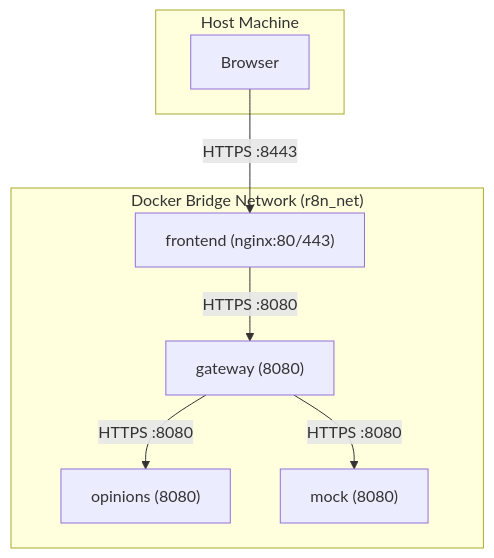
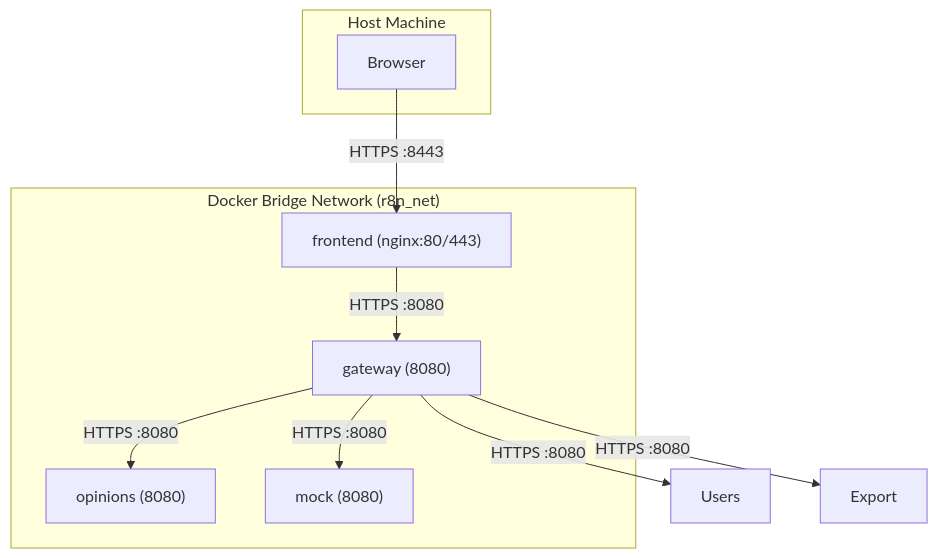
The fourth of 4 diagrams in docs/docker-architecture.md (owrmille/r8n), drawn with Mermaid before and after one commit. The commit also changed other lines of this file and 3 other files, not shown here.

````diff
--- a/docs/docker-architecture.md
+++ b/docs/docker-architecture.md
@@ -99,18 +107,20 @@
 ```mermaid
 graph TB
   subgraph Host["Host Machine"]
     Browser["Browser"]
   end
 
   subgraph Docker["Docker Bridge Network (r8n_net)"]
     Nginx["frontend (nginx:80/443)"]
     Gateway["gateway (8080)"]
     Opinions["opinions (8080)"]
     Mock["mock (8080)"]
   end
 
   Browser -->|"HTTPS :8443"| Nginx
   Nginx -->|"HTTPS :8080"| Gateway
   Gateway -->|"HTTPS :8080"| Opinions
-  Gateway -->|"HTTPS :8080"| Mock
+  Gateway -->|"HTTPS :8080"| Users
+Gateway -->|"HTTPS :8080"| Export
+Gateway -->|"HTTPS :8080"| Mock
 ```
````
